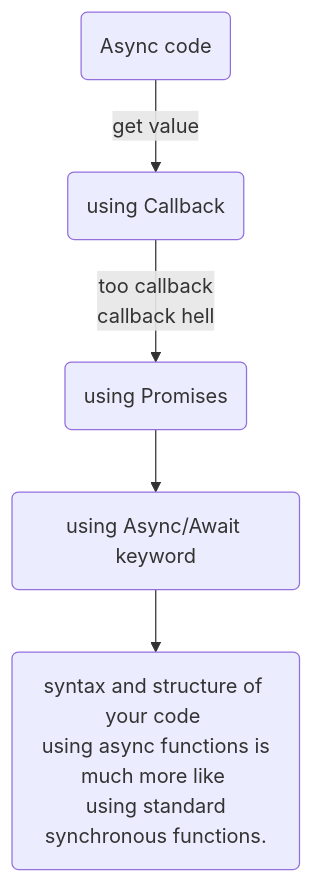
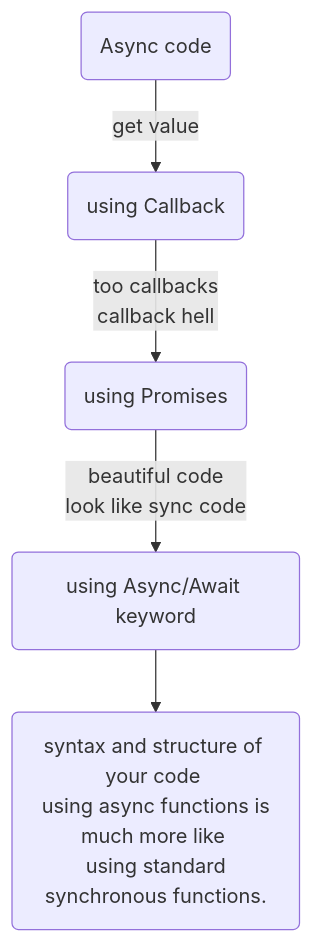
The first of 2 diagrams in daily.md (danghung1202/awesome-note), drawn with Mermaid before and after one commit. The commit also changed other lines of this file and 1 other file, not shown here.

````diff
--- a/daily.md
+++ b/daily.md
@@ -171,8 +171,8 @@
 ```mermaid
     graph TD
     A(Async code)-->|get value|B(using Callback)
-    B-->|too callback <br> callback hell|C(using Promises)
-    C-->D(using Async/Await keyword)
+    B-->|too callbacks <br> callback hell|C(using Promises)
+    C-->|beautiful code <br> look like sync code|D(using Async/Await keyword)
     D-->R(syntax and structure of your code <br> using async functions is much more like <br> using standard synchronous functions.)
 
 ```
````
